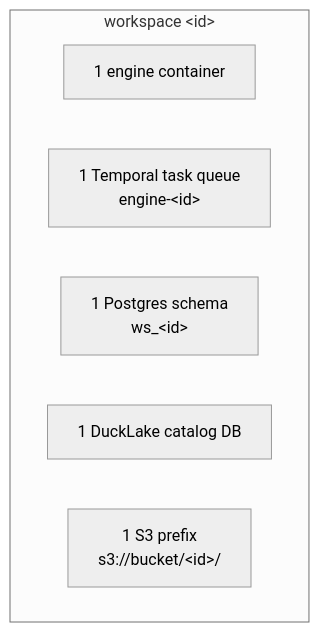
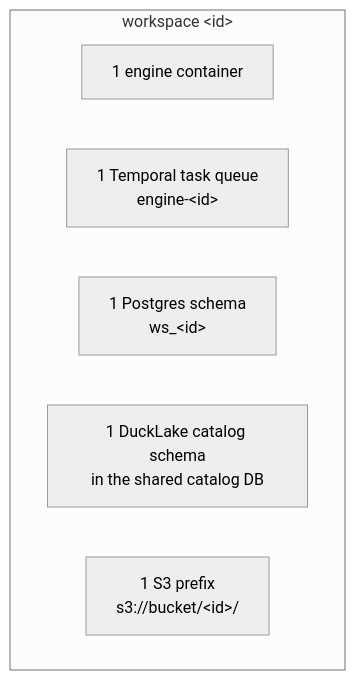
The third of 3 diagrams in docs/platform/architecture.md (dataraum/dataraum), drawn with Mermaid (neutral theme) before and after one commit. The commit also changed other lines of this file and 3 other files, not shown here.

````diff
--- a/docs/platform/architecture.md
+++ b/docs/platform/architecture.md
@@ -133,11 +133,11 @@
 ```mermaid
 flowchart TB
     subgraph WS["workspace &lt;id&gt;"]
         direction LR
         C["1 engine container"]
         Q["1 Temporal task queue<br/>engine-&lt;id&gt;"]
         SCH["1 Postgres schema<br/>ws_&lt;id&gt;"]
-        CAT["1 DuckLake catalog DB"]
+        CAT["1 DuckLake catalog schema<br/>in the shared catalog DB"]
         LAKE["1 S3 prefix<br/>s3://bucket/&lt;id&gt;/"]
     end
 ```
````
